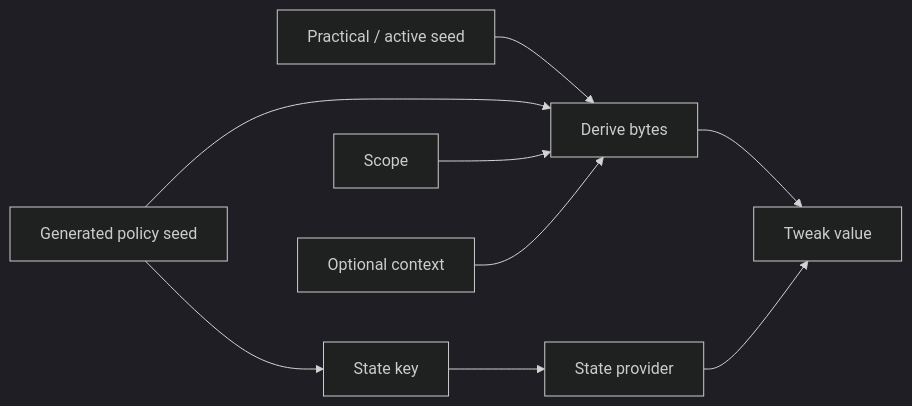
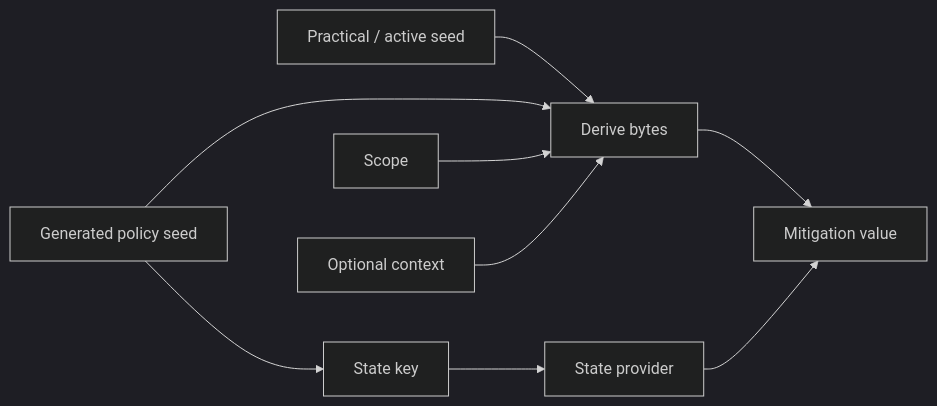
Before and after one commit to alecs297/loupehole: the diagram in docs/concepts/derivation.md, drawn with Mermaid (dark theme). The commit also changed other lines of this file and 28 other files, not shown here.

````diff
--- a/docs/concepts/derivation.md
+++ b/docs/concepts/derivation.md
@@ -31,11 +31,11 @@
 ```mermaid
 flowchart LR
     Practical["Practical / active seed"] --> Derive["Derive bytes"]
     Policy["Generated policy seed"] --> Derive
     Scope["Scope"] --> Derive
     Context["Optional context"] --> Derive
-    Derive --> Value["Tweak value"]
+    Derive --> Value["Mitigation value"]
     Policy --> Key["State key"]
     Key --> Store["State provider"]
     Store --> Value
 ```
````
